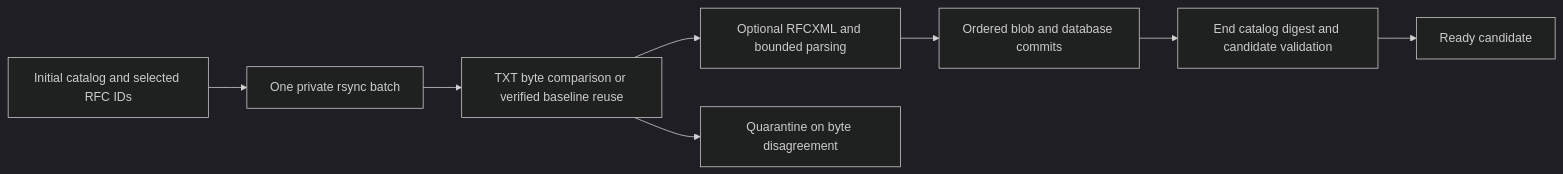
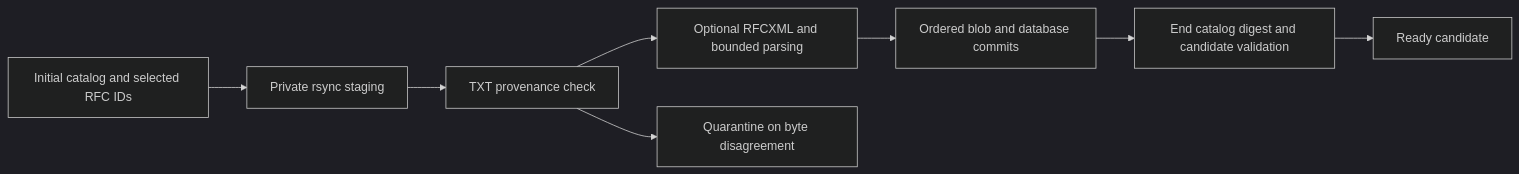
Before and after one commit to PublicData-stream/rfc-mcp-docker: the first of 2 diagrams in docs/ingestion.md, drawn with Mermaid (dark theme). The commit also changed other lines of this file and 23 other files, not shown here.

Commit message:
feat(sync): guard rsync-only bootstrap provenance and promotion

````diff
--- a/docs/ingestion.md
+++ b/docs/ingestion.md
@@ -43,10 +44,10 @@
 ```mermaid
 flowchart LR
-    A[Initial catalog and selected RFC IDs] --> B[One private rsync batch]
-    B --> C[TXT byte comparison or verified baseline reuse]
+    A[Initial catalog and selected RFC IDs] --> B[Private rsync staging]
+    B --> C[TXT provenance check]
     C --> D[Optional RFCXML and bounded parsing]
     D --> E[Ordered blob and database commits]
     E --> F[End catalog digest and candidate validation]
     F --> G[Ready candidate]
     C --> H[Quarantine on byte disagreement]
 ```
````
